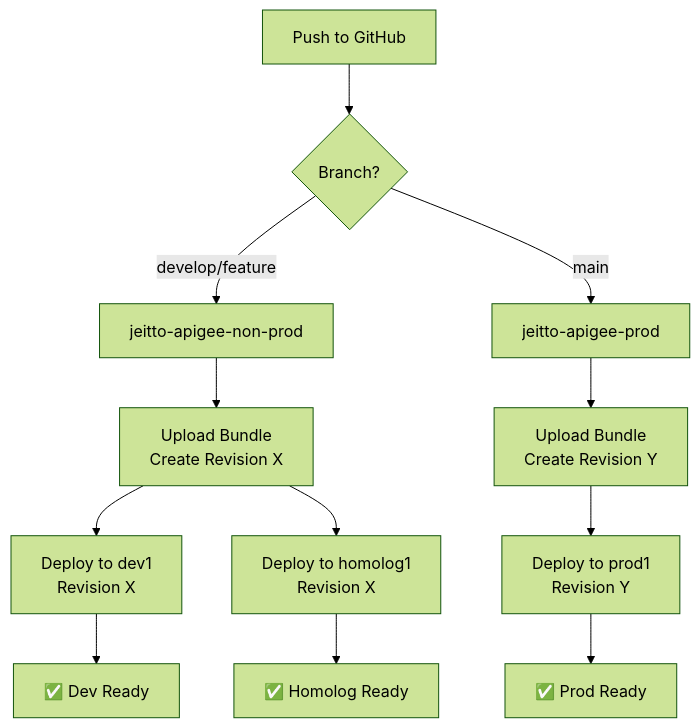
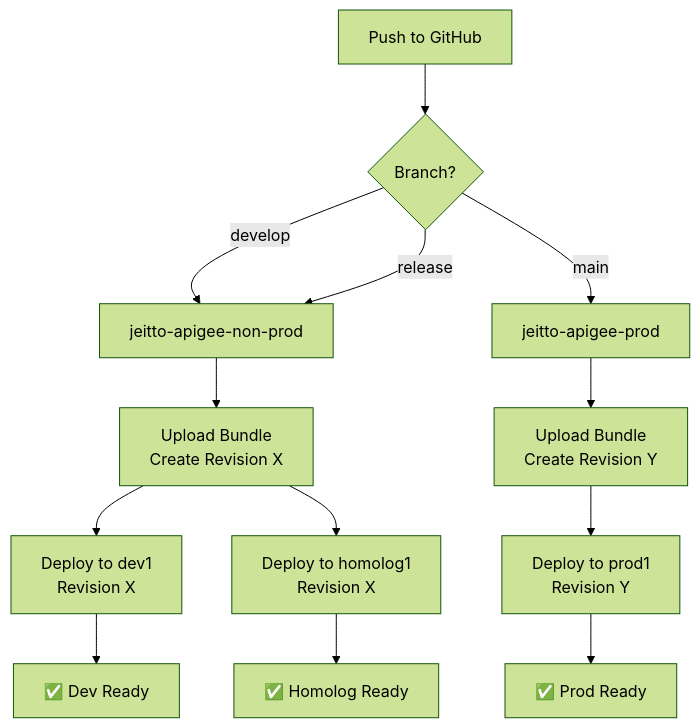
Before and after one commit to marcelo-luizz/terraform-example: the diagram in README.md, drawn with Mermaid (forest theme).

Commit message:
Update branching diagram in README.md

````diff
--- a/README.md
+++ b/README.md
@@ -109,19 +109,20 @@
 ```mermaid
 graph TB
     A[Push to GitHub] --> B{Branch?}
     
-    B -->|develop/feature| C[jeitto-apigee-non-prod]
+    B -->|develop| C[jeitto-apigee-non-prod]
+    B -->|release| C
     B -->|main| D[jeitto-apigee-prod]
     
     C --> E[Upload Bundle<br/>Create Revision X]
     D --> F[Upload Bundle<br/>Create Revision Y]
     
     E --> G[Deploy to dev1<br/>Revision X]
     E --> H[Deploy to homolog1<br/>Revision X]
     
     F --> I[Deploy to prod1<br/>Revision Y]
     
     G --> J[✅ Dev Ready]
     H --> K[✅ Homolog Ready]
     I --> L[✅ Prod Ready]
 ```
````
